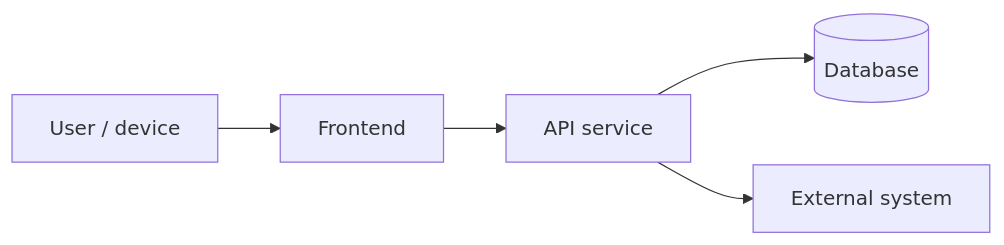
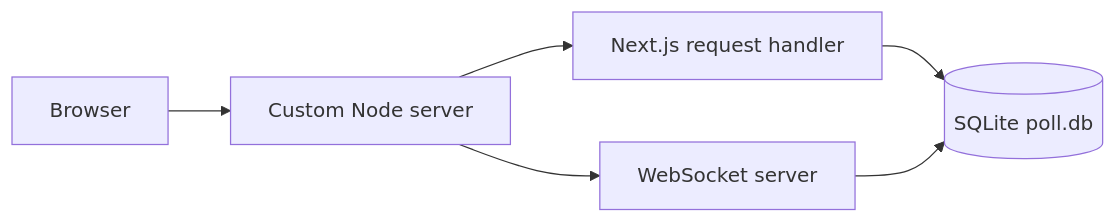
Before and after one commit to deachawatss/demo-poll: the first of 3 diagrams in docs/SDD.md, drawn with Mermaid. The commit also changed other lines of this file and 1 other file, not shown here.

First line of the commit message:
docs: document custom server foundation

````diff
--- a/docs/SDD.md
+++ b/docs/SDD.md
@@ -34,7 +34,8 @@
 ```mermaid
 flowchart LR
-    U[User / device] --> FE[Frontend]
-    FE --> API[API service]
-    API --> DB[(Database)]
-    API --> EXT[External system]
+    U[Browser] --> S[Custom Node server]
+    S --> N[Next.js request handler]
+    S --> W[WebSocket server]
+    N --> D[(SQLite poll.db)]
+    W --> D
 ```
````
